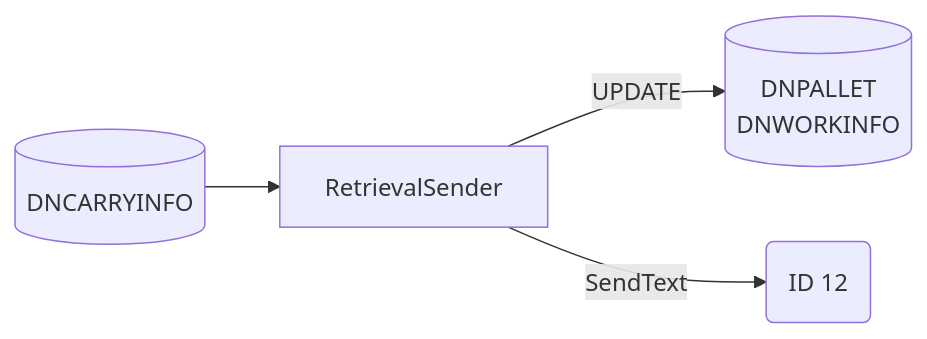
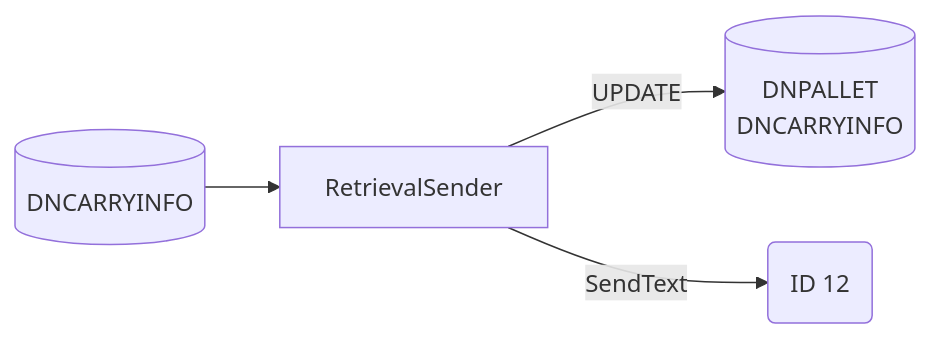
Before and after one commit to luthfiadityaa/SimeDarby-Wiki: the fifth of 18 diagrams in Basic-Design/DFD-WMS/Retrieval/Transfer-Setting/Ambient-to-Tempering.md, drawn with Mermaid. The commit also changed other lines of this file, not shown here.

```diff
--- a/Basic-Design/DFD-WMS/Retrieval/Transfer-Setting/Ambient-to-Tempering.md
+++ b/Basic-Design/DFD-WMS/Retrieval/Transfer-Setting/Ambient-to-Tempering.md
@@ -227,19 +227,19 @@
 ::: mermaid
 flowchart LR
 
 retrievalsender-input[("
 DNCARRYINFO
 ")]
 
 retrievalsender-update[("
 DNPALLET
-DNWORKINFO
+DNCARRYINFO
 ")]
 
 id12msg("
 ID 12
 ")
 
 retrievalsender-input-->RetrievalSender--> |UPDATE| retrievalsender-update
 RetrievalSender--> |SendText| id12msg
 :::
```
